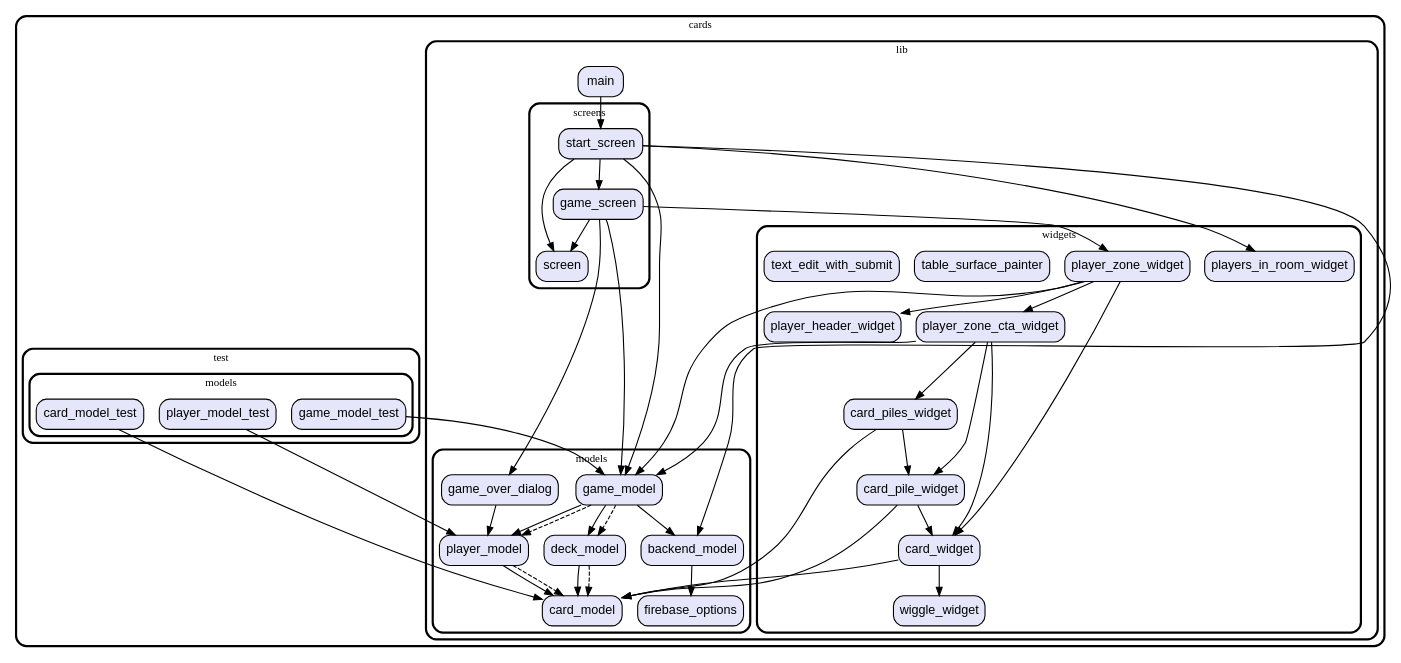
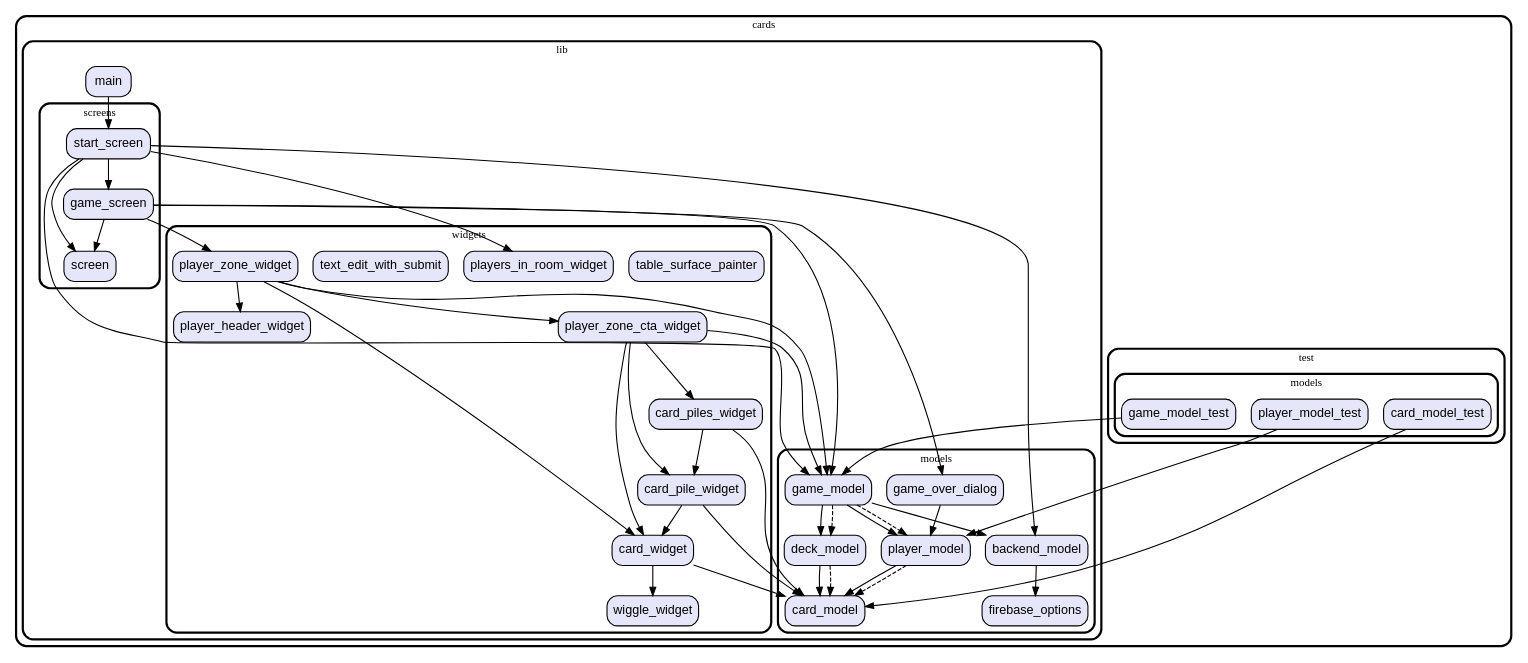
One commit to vteam-com/Cards changed the diagram in graph.dot. Above: the diagram before and after it, drawn with Graphviz. The commit also changed other lines of this file and 6 other files, not shown here.

Commit message:
add basic animation for PlayerZoneBorder

```diff
--- a/graph.dot
+++ b/graph.dot
@@ -1,112 +1,112 @@
 digraph "" {
   graph [style=rounded fontname="Arial Black" fontsize=13 penwidth=2.6];
   node [shape=rect style="filled,rounded" fontname=Arial fontsize=15 fillcolor=Lavender penwidth=1.3];
   edge [penwidth=1.3];
-  "/lib/main.dart" [label="main"];
-  "/lib/models/backend_model.dart" [label="backend_model"];
-  "/lib/models/card_model.dart" [label="card_model"];
-  "/lib/models/deck_model.dart" [label="deck_model"];
-  "/lib/models/firebase_options.dart" [label="firebase_options"];
+  "/test/models/game_model_test.dart" [label="game_model_test"];
+  "/test/models/player_model_test.dart" [label="player_model_test"];
+  "/test/models/card_model_test.dart" [label="card_model_test"];
   "/lib/models/game_model.dart" [label="game_model"];
   "/lib/models/game_over_dialog.dart" [label="game_over_dialog"];
+  "/lib/models/firebase_options.dart" [label="firebase_options"];
   "/lib/models/player_model.dart" [label="player_model"];
+  "/lib/models/card_model.dart" [label="card_model"];
+  "/lib/models/backend_model.dart" [label="backend_model"];
+  "/lib/models/deck_model.dart" [label="deck_model"];
   "/lib/screens/game_screen.dart" [label="game_screen"];
+  "/lib/screens/start_screen.dart" [label="start_screen"];
   "/lib/screens/screen.dart" [label="screen"];
-  "/lib/screens/start_screen.dart" [label="start_screen"];
+  "/lib/main.dart" [label="main"];
+  "/lib/widgets/player_zone_cta_widget.dart" [label="player_zone_cta_widget"];
+  "/lib/widgets/card_pile_widget.dart" [label="card_pile_widget"];
+  "/lib/widgets/table_surface_painter.dart" [label="table_surface_painter"];
+  "/lib/widgets/card_widget.dart" [label="card_widget"];
+  "/lib/widgets/player_header_widget.dart" [label="player_header_widget"];
+  "/lib/widgets/wiggle_widget.dart" [label="wiggle_widget"];
+  "/lib/widgets/players_in_room_widget.dart" [label="players_in_room_widget"];
+  "/lib/widgets/text_edit_with_submit.dart" [label="text_edit_with_submit"];
+  "/lib/widgets/player_zone_widget.dart" [label="player_zone_widget"];
   "/lib/widgets/card_piles_widget.dart" [label="card_piles_widget"];
-  "/lib/widgets/card_pile_widget.dart" [label="card_pile_widget"];
-  "/lib/widgets/card_widget.dart" [label="card_widget"];
-  "/lib/widgets/players_in_room_widget.dart" [label="players_in_room_widget"];
-  "/lib/widgets/player_header_widget.dart" [label="player_header_widget"];
-  "/lib/widgets/player_zone_cta_widget.dart" [label="player_zone_cta_widget"];
-  "/lib/widgets/player_zone_widget.dart" [label="player_zone_widget"];
-  "/lib/widgets/table_surface_painter.dart" [label="table_surface_painter"];
-  "/lib/widgets/text_edit_with_submit.dart" [label="text_edit_with_submit"];
-  "/lib/widgets/wiggle_widget.dart" [label="wiggle_widget"];
-  "/test/models/card_model_test.dart" [label="card_model_test"];
-  "/test/models/game_model_test.dart" [label="game_model_test"];
-  "/test/models/player_model_test.dart" [label="player_model_test"];
   subgraph "cluster~" {
     label="cards";
+    subgraph "cluster~/test" {
+      label="test";
+      subgraph "cluster~/test/models" {
+        label="models";
+        "/test/models/game_model_test.dart";
+        "/test/models/player_model_test.dart";
+        "/test/models/card_model_test.dart";
+      }
+    }
     subgraph "cluster~/lib" {
       label="lib";
       "/lib/main.dart";
       subgraph "cluster~/lib/models" {
         label="models";
-        "/lib/models/backend_model.dart";
-        "/lib/models/card_model.dart";
-        "/lib/models/deck_model.dart";
-        "/lib/models/firebase_options.dart";
         "/lib/models/game_model.dart";
         "/lib/models/game_over_dialog.dart";
+        "/lib/models/firebase_options.dart";
         "/lib/models/player_model.dart";
+        "/lib/models/card_model.dart";
+        "/lib/models/backend_model.dart";
+        "/lib/models/deck_model.dart";
       }
       subgraph "cluster~/lib/screens" {
         label="screens";
         "/lib/screens/game_screen.dart";
+        "/lib/screens/start_screen.dart";
         "/lib/screens/screen.dart";
-        "/lib/screens/start_screen.dart";
       }
       subgraph "cluster~/lib/widgets" {
         label="widgets";
+        "/lib/widgets/player_zone_cta_widget.dart";
+        "/lib/widgets/card_pile_widget.dart";
+        "/lib/widgets/table_surface_painter.dart";
+        "/lib/widgets/card_widget.dart";
+        "/lib/widgets/player_header_widget.dart";
+        "/lib/widgets/wiggle_widget.dart";
+        "/lib/widgets/players_in_room_widget.dart";
+        "/lib/widgets/text_edit_with_submit.dart";
+        "/lib/widgets/player_zone_widget.dart";
         "/lib/widgets/card_piles_widget.dart";
-        "/lib/widgets/card_pile_widget.dart";
-        "/lib/widgets/card_widget.dart";
-        "/lib/widgets/players_in_room_widget.dart";
-        "/lib/widgets/player_header_widget.dart";
-        "/lib/widgets/player_zone_cta_widget.dart";
-        "/lib/widgets/player_zone_widget.dart";
-        "/lib/widgets/table_surface_painter.dart";
-        "/lib/widgets/text_edit_with_submit.dart";
-        "/lib/widgets/wiggle_widget.dart";
-      }
-    }
-    subgraph "cluster~/test" {
-      label="test";
-      subgraph "cluster~/test/models" {
-        label="models";
-        "/test/models/card_model_test.dart";
-        "/test/models/game_model_test.dart";
-        "/test/models/player_model_test.dart";
       }
     }
   }
-  "/lib/main.dart" -> "/lib/screens/start_screen.dart";
-  "/lib/models/backend_model.dart" -> "/lib/models/firebase_options.dart";
-  "/lib/models/deck_model.dart" -> "/lib/models/card_model.dart";
-  "/lib/models/deck_model.dart" -> "/lib/models/card_model.dart" [style=dashed];
+  "/test/models/game_model_test.dart" -> "/lib/models/game_model.dart";
+  "/test/models/player_model_test.dart" -> "/lib/models/player_model.dart";
+  "/test/models/card_model_test.dart" -> "/lib/models/card_model.dart";
   "/lib/models/game_model.dart" -> "/lib/models/backend_model.dart";
   "/lib/models/game_model.dart" -> "/lib/models/deck_model.dart";
   "/lib/models/game_model.dart" -> "/lib/models/player_model.dart";
   "/lib/models/game_model.dart" -> "/lib/models/deck_model.dart" [style=dashed];
   "/lib/models/game_model.dart" -> "/lib/models/player_model.dart" [style=dashed];
   "/lib/models/game_over_dialog.dart" -> "/lib/models/player_model.dart";
   "/lib/models/player_model.dart" -> "/lib/models/card_model.dart";
   "/lib/models/player_model.dart" -> "/lib/models/card_model.dart" [style=dashed];
+  "/lib/models/backend_model.dart" -> "/lib/models/firebase_options.dart";
+  "/lib/models/deck_model.dart" -> "/lib/models/card_model.dart";
+  "/lib/models/deck_model.dart" -> "/lib/models/card_model.dart" [style=dashed];
   "/lib/screens/game_screen.dart" -> "/lib/models/game_model.dart";
   "/lib/screens/game_screen.dart" -> "/lib/models/game_over_dialog.dart";
   "/lib/screens/game_screen.dart" -> "/lib/screens/screen.dart";
   "/lib/screens/game_screen.dart" -> "/lib/widgets/player_zone_widget.dart";
   "/lib/screens/start_screen.dart" -> "/lib/models/backend_model.dart";
   "/lib/screens/start_screen.dart" -> "/lib/models/game_model.dart";
   "/lib/screens/start_screen.dart" -> "/lib/screens/game_screen.dart";
   "/lib/screens/start_screen.dart" -> "/lib/screens/screen.dart";
   "/lib/screens/start_screen.dart" -> "/lib/widgets/players_in_room_widget.dart";
-  "/lib/widgets/card_piles_widget.dart" -> "/lib/models/card_model.dart";
-  "/lib/widgets/card_piles_widget.dart" -> "/lib/widgets/card_pile_widget.dart";
+  "/lib/main.dart" -> "/lib/screens/start_screen.dart";
+  "/lib/widgets/player_zone_cta_widget.dart" -> "/lib/models/game_model.dart";
+  "/lib/widgets/player_zone_cta_widget.dart" -> "/lib/widgets/card_pile_widget.dart";
+  "/lib/widgets/player_zone_cta_widget.dart" -> "/lib/widgets/card_piles_widget.dart";
+  "/lib/widgets/player_zone_cta_widget.dart" -> "/lib/widgets/card_widget.dart";
   "/lib/widgets/card_pile_widget.dart" -> "/lib/models/card_model.dart";
   "/lib/widgets/card_pile_widget.dart" -> "/lib/widgets/card_widget.dart";
   "/lib/widgets/card_widget.dart" -> "/lib/models/card_model.dart";
   "/lib/widgets/card_widget.dart" -> "/lib/widgets/wiggle_widget.dart";
-  "/lib/widgets/player_zone_cta_widget.dart" -> "/lib/models/game_model.dart";
-  "/lib/widgets/player_zone_cta_widget.dart" -> "/lib/widgets/card_pile_widget.dart";
-  "/lib/widgets/player_zone_cta_widget.dart" -> "/lib/widgets/card_piles_widget.dart";
-  "/lib/widgets/player_zone_cta_widget.dart" -> "/lib/widgets/card_widget.dart";
   "/lib/widgets/player_zone_widget.dart" -> "/lib/models/game_model.dart";
   "/lib/widgets/player_zone_widget.dart" -> "/lib/widgets/card_widget.dart";
   "/lib/widgets/player_zone_widget.dart" -> "/lib/widgets/player_header_widget.dart";
   "/lib/widgets/player_zone_widget.dart" -> "/lib/widgets/player_zone_cta_widget.dart";
-  "/test/models/card_model_test.dart" -> "/lib/models/card_model.dart";
-  "/test/models/game_model_test.dart" -> "/lib/models/game_model.dart";
-  "/test/models/player_model_test.dart" -> "/lib/models/player_model.dart";
+  "/lib/widgets/card_piles_widget.dart" -> "/lib/models/card_model.dart";
+  "/lib/widgets/card_piles_widget.dart" -> "/lib/widgets/card_pile_widget.dart";
 }
```
